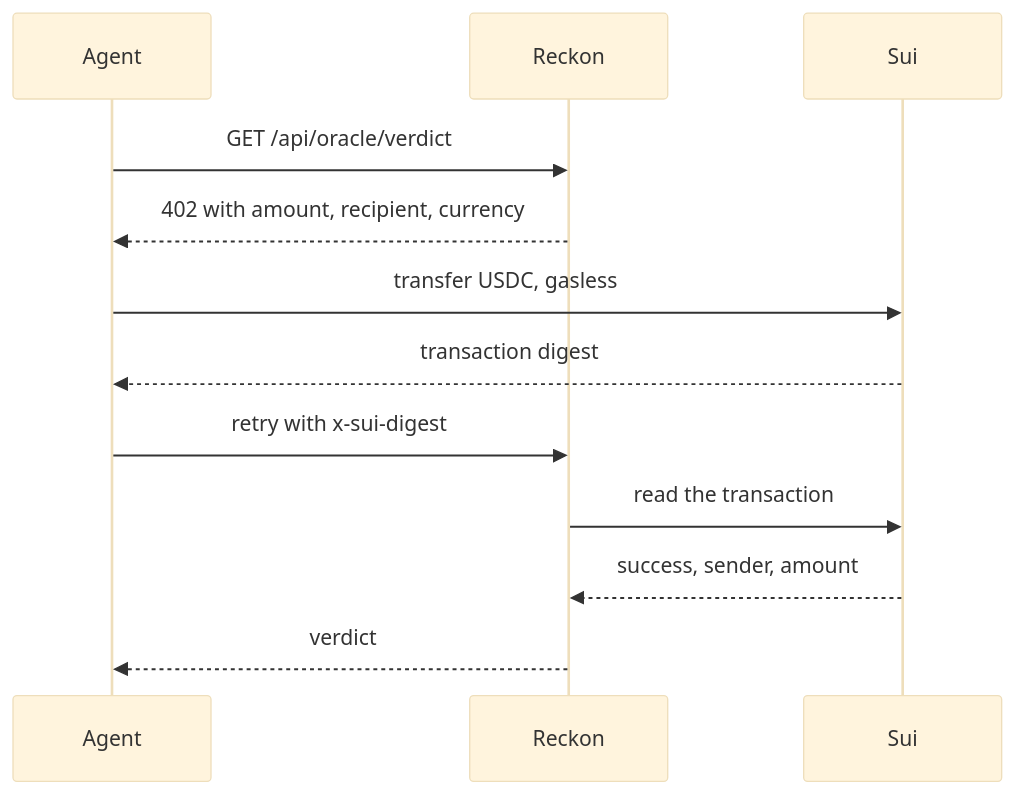
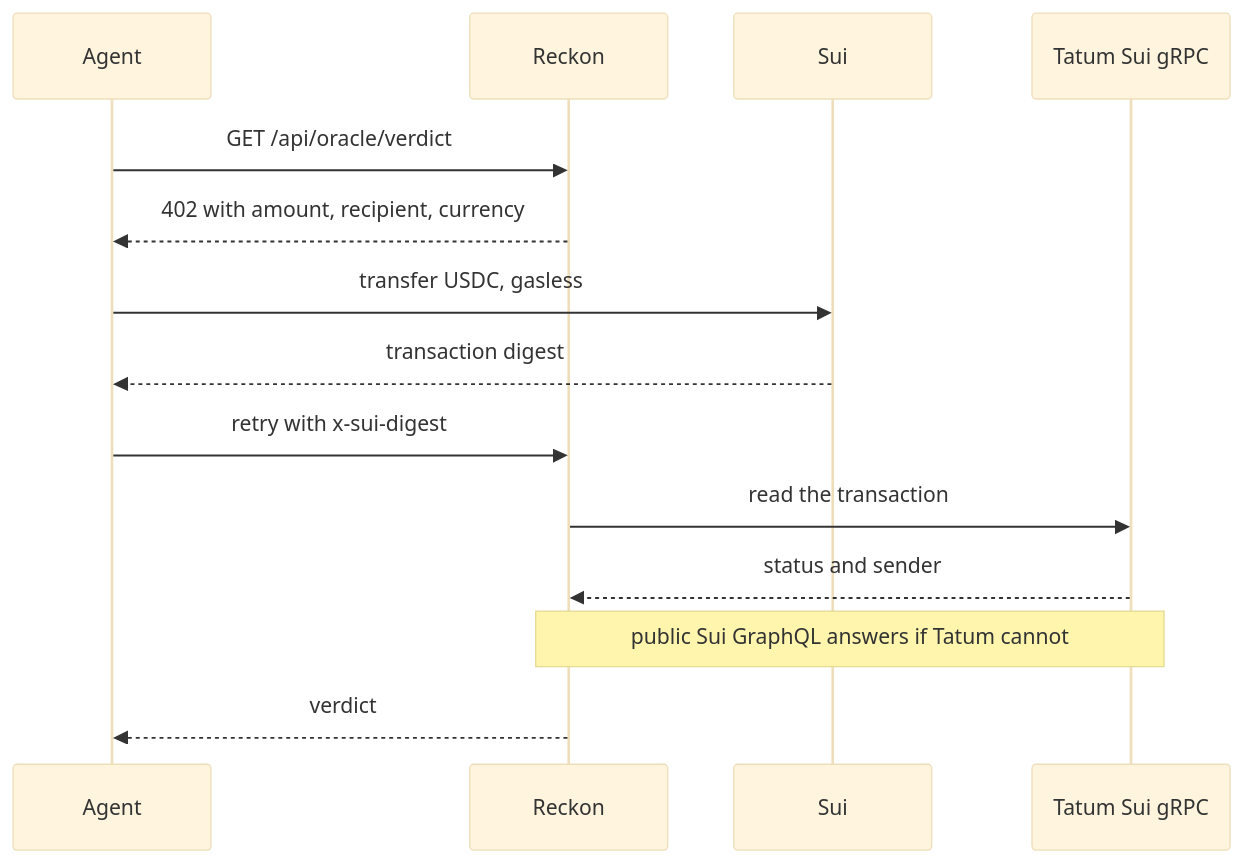
Before and after one commit to Chnnyrm/Reckon: the third of 3 diagrams in README.md, drawn with Mermaid (base theme). The commit also changed other lines of this file and 1 other file, not shown here.

First line of the commit message:
docs: describe the Tatum verification path in README and DEPLOY

````diff
--- a/README.md
+++ b/README.md
@@ -79,15 +80,17 @@
 ```mermaid
 sequenceDiagram
     participant A as Agent
     participant R as Reckon
     participant C as Sui
+    participant T as Tatum Sui gRPC
 
     A->>R: GET /api/oracle/verdict
     R-->>A: 402 with amount, recipient, currency
     A->>C: transfer USDC, gasless
     C-->>A: transaction digest
     A->>R: retry with x-sui-digest
-    R->>C: read the transaction
-    C-->>R: success, sender, amount
+    R->>T: read the transaction
+    T-->>R: status and sender
+    Note over R,T: public Sui GraphQL answers if Tatum cannot
     R-->>A: verdict
 ```
````
